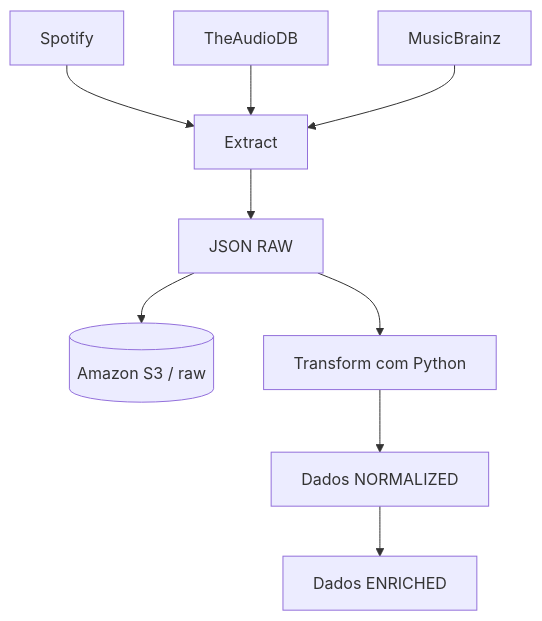
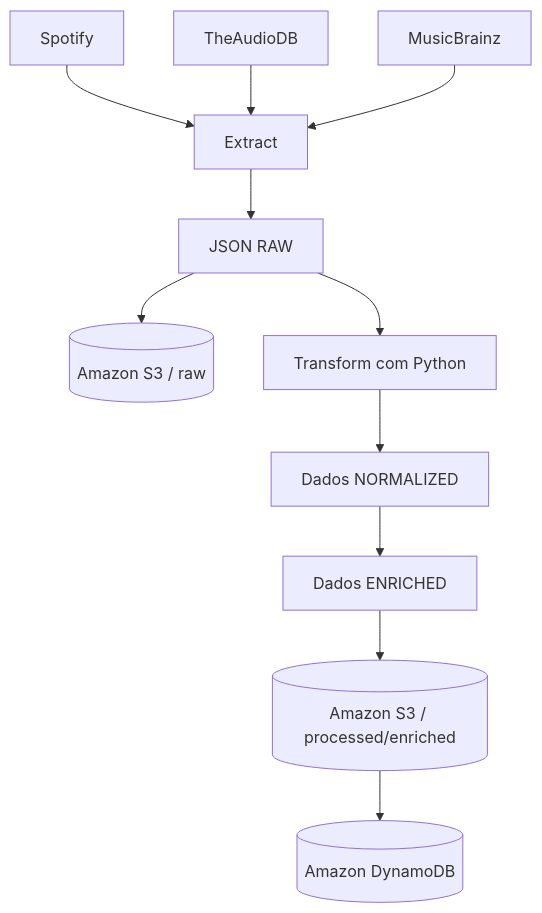
The diagram in README.md (zampieri05/soundscope), drawn with Mermaid before and after one commit. The commit also changed other lines of this file and 6 other files, not shown here.

Commit message:
feat: persist enriched artists in DynamoDB

````diff
--- a/README.md
+++ b/README.md
@@ -26,11 +26,13 @@
 ```mermaid
 flowchart TD
     A[Spotify] --> E[Extract]
     B[TheAudioDB] --> E
     C[MusicBrainz] --> E
     E --> R[JSON RAW]
     R --> S[(Amazon S3 / raw)]
     R --> T[Transform com Python]
     T --> N[Dados NORMALIZED]
     N --> EN[Dados ENRICHED]
+    EN --> P[(Amazon S3 / processed/enriched)]
+    P --> D[(Amazon DynamoDB)]
 ```
````
